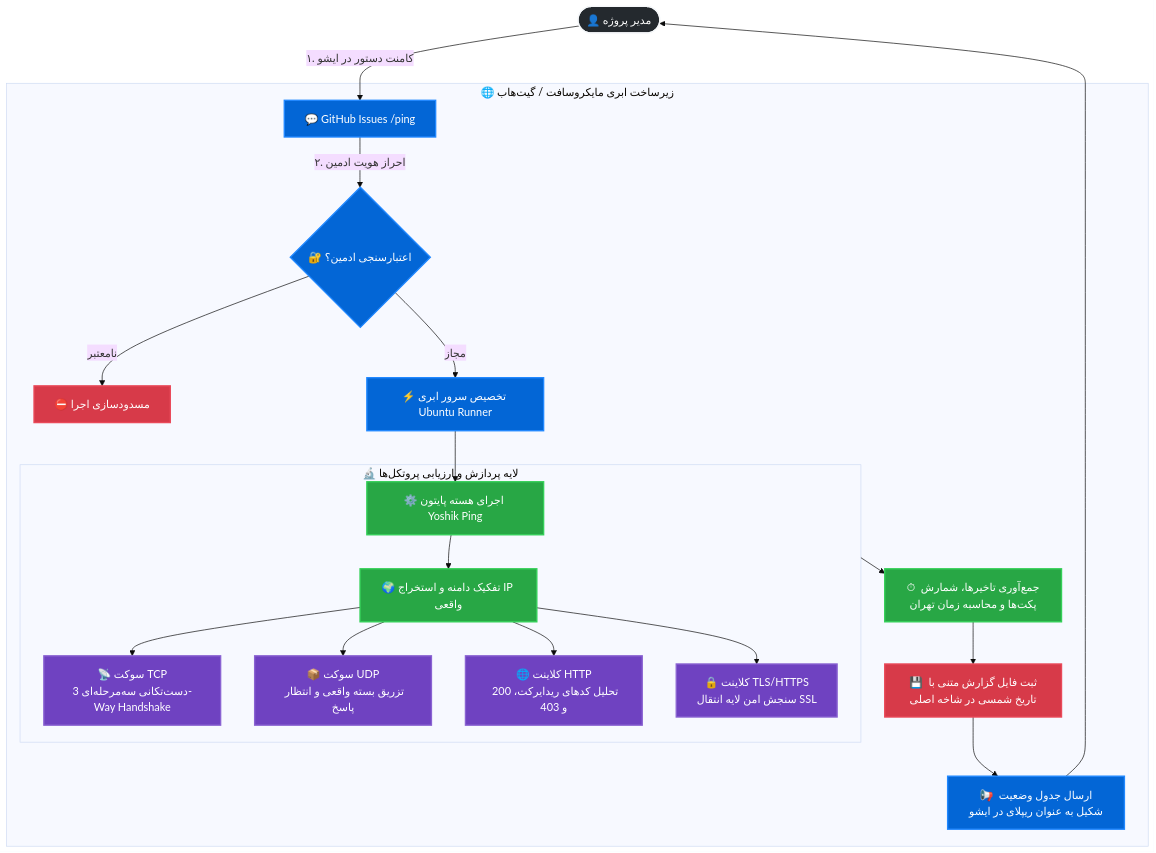
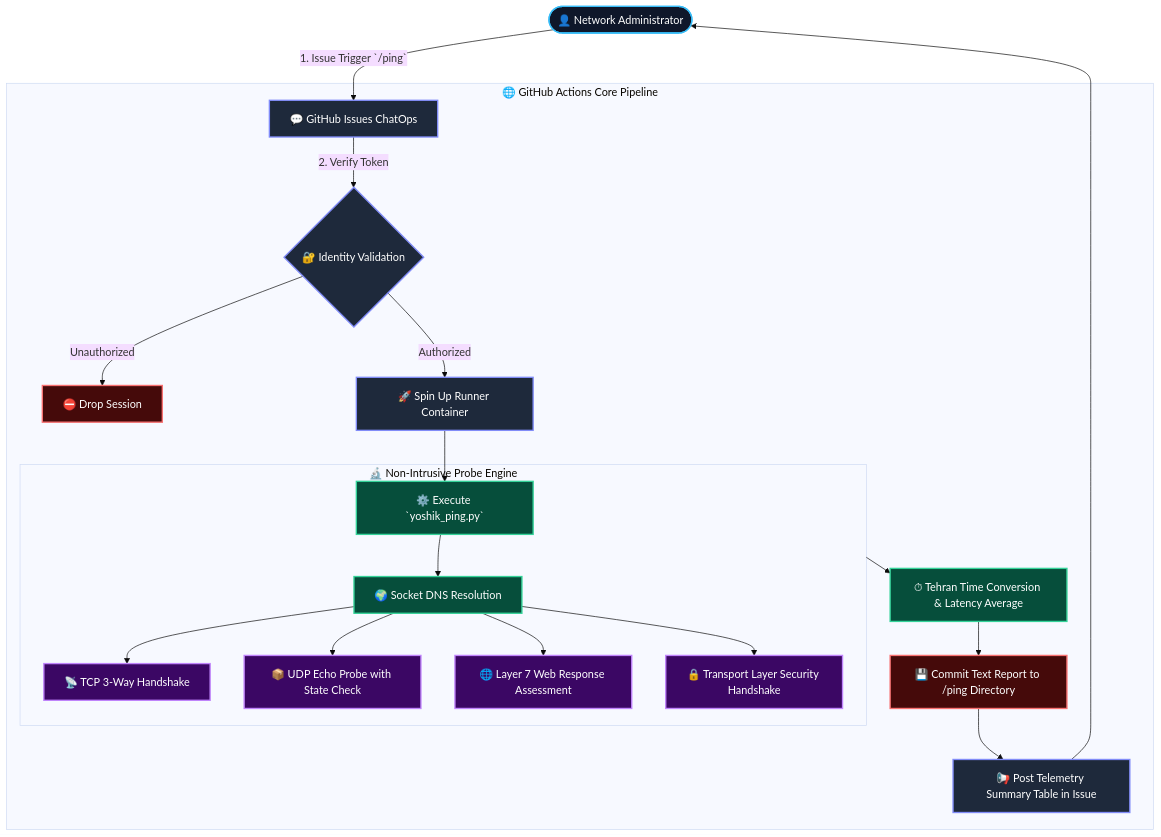
Before and after one commit to YoshikVPS/YoshikPing: the diagram in README.md, drawn with Mermaid (base theme). The commit also changed other lines of this file, not shown here.

````diff
--- a/README.md
+++ b/README.md
@@ -34,34 +30,32 @@
 ```mermaid
 flowchart TD
-    %% تعریف استایل‌ها
-    classDef userLayer fill:#24292e,stroke:#f6f8fa,stroke-width:2px,color:#fff;
-    classDef actionLayer fill:#0366d6,stroke:#2188ff,stroke-width:2px,color:#fff;
-    classDef engineLayer fill:#28a745,stroke:#34d058,stroke-width:2px,color:#fff;
-    classDef protocolLayer fill:#6f42c1,stroke:#8a63d2,stroke-width:2px,color:#fff;
-    classDef storageLayer fill:#d73a49,stroke:#ea4a5a,stroke-width:2px,color:#fff;
+    classDef client fill:#0f172a,stroke:#38bdf8,stroke-width:2px,color:#fff;
+    classDef pipeline fill:#1e293b,stroke:#818cf8,stroke-width:2px,color:#fff;
+    classDef core fill:#064e3b,stroke:#34d399,stroke-width:2px,color:#fff;
+    classDef proto fill:#3b0764,stroke:#c084fc,stroke-width:2px,color:#fff;
+    classDef store fill:#450a0a,stroke:#f87171,stroke-width:2px,color:#fff;
 
-    User([👤 مدیر پروژه]):::userLayer -->|۱. کامنت دستور در ایشو| IssueGateway[💬 GitHub Issues /ping]:::actionLayer
+    Admin([👤 Network Administrator]):::client -->|1. Issue Trigger `/ping`| Gateway[💬 GitHub Issues ChatOps]:::pipeline
 
-    subgraph GitHub Cloud Infrastructure [🌐 زیرساخت ابری مایکروسافت / گیت‌هاب]
-        IssueGateway -->|۲. احراز هویت ادمین| AuthGate{🔐 اعتبارسنجی ادمین؟}:::actionLayer
-        AuthGate -->|نامعتبر| Exit1[⛔️ مسدودسازی اجرا]:::storageLayer
-        AuthGate -->|مجاز| RunnerStart[⚡️ تخصیص سرور ابری Ubuntu Runner]:::actionLayer
+    subgraph AzureHostedRunner [🌐 GitHub Actions Core Pipeline]
+        Gateway -->|2. Verify Token| Gatekeeper{🔐 Identity Validation}:::pipeline
+        Gatekeeper -->|Unauthorized| Drop[⛔️ Drop Session]:::store
+        Gatekeeper -->|Authorized| InitEnv[🚀 Spin Up Runner Container]:::pipeline
         
-        RunnerStart --> PythonEngine[⚙️ اجرای هسته پایتون Yoshik Ping]:::engineLayer
+        InitEnv --> Engine[⚙️ Execute `yoshik_ping.py`]:::core
         
-        subgraph EngineCore [🔬 لایه پردازش و ارزیابی پروتکل‌ها]
-            PythonEngine --> DNSResolver[🌍 تفکیک دامنه و استخراج IP واقعی]:::engineLayer
-            
-            DNSResolver --> P_TCP[📡 سوکت TCP\nدست‌تکانی سه‌مرحله‌ای 3-Way Handshake]:::protocolLayer
-            DNSResolver --> P_UDP[📦 سوکت UDP\nتزریق بسته واقعی و انتظار پاسخ]:::protocolLayer
-            DNSResolver --> P_HTTP[🌐 کلاینت HTTP\nتحلیل کدهای ریدایرکت، 200 و 403]:::protocolLayer
-            DNSResolver --> P_HTTPS[🔒 کلاینت TLS/HTTPS\nسنجش امن لایه انتقال SSL]:::protocolLayer
+        subgraph DiagnosticLayer [🔬 Non-Intrusive Probe Engine]
+            Engine --> Resolver[🌍 Socket DNS Resolution]:::core
+            Resolver --> TCP_Probe[📡 TCP 3-Way Handshake]:::proto
+            Resolver --> UDP_Probe[📦 UDP Echo Probe with State Check]:::proto
+            Resolver --> HTTP_Probe[🌐 Layer 7 Web Response Assessment]:::proto
+            Resolver --> TLS_Probe[🔒 Transport Layer Security Handshake]:::proto
         end
 
-        EngineCore --> Accumulator[⏱ جمع‌آوری تاخیرها، شمارش پکت‌ها و محاسبه زمان تهران]:::engineLayer
-        Accumulator --> CommitStep[💾 ثبت فایل گزارش متنی با تاریخ شمسی در شاخه اصلی]:::storageLayer
-        CommitStep --> ReplyBot[📢 ارسال جدول وضعیت شکیل به عنوان ریپلای در ایشو]:::actionLayer
+        DiagnosticLayer --> Aggregator[⏱ Tehran Time Conversion & Latency Average]:::core
+        Aggregator --> Archive[💾 Commit Text Report to /ping Directory]:::store
+        Archive --> Reply[📢 Post Telemetry Summary Table in Issue]:::pipeline
     end
 
-    ReplyBot --> User
+    Reply --> Admin
 ```
````
